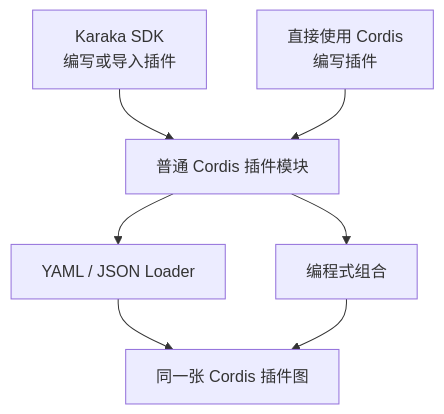
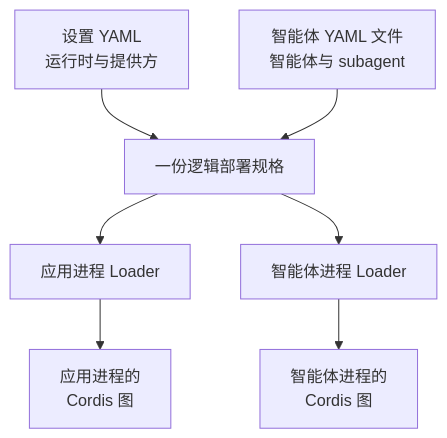
The first of 6 diagrams in docs/architecture.zh.md (karaka-ai/karaka), drawn with Mermaid before and after one commit. The commit also changed other lines of this file and 2 other files, not shown here.

Commit message:
docs: clarify agent runtime architecture

````diff
--- a/docs/architecture.zh.md
+++ b/docs/architecture.zh.md
@@ -21,16 +26,17 @@
 ```mermaid
 flowchart TB
-  SDK["Karaka SDK<br/>编写或导入插件"]
-  Direct["直接使用 Cordis<br/>编写插件"]
-  Module["普通 Cordis 插件模块"]
-  Config["YAML / JSON Loader"]
-  Code["编程式组合"]
-  Graph["同一张 Cordis 插件图"]
+  Setup["设置 YAML<br/>运行时与提供方"]
+  Agents["智能体 YAML 文件<br/>智能体与 subagent"]
+  Spec["一份逻辑部署规格"]
+  AppLoader["应用进程 Loader"]
+  AgentLoader["智能体进程 Loader"]
+  AppGraph["应用进程的<br/>Cordis 图"]
+  AgentGraph["智能体进程的<br/>Cordis 图"]
 
-  SDK --> Module
-  Direct --> Module
-  Module --> Config
-  Module --> Code
-  Config --> Graph
-  Code --> Graph
+  Setup --> Spec
+  Agents --> Spec
+  Spec --> AppLoader
+  Spec --> AgentLoader
+  AppLoader --> AppGraph
+  AgentLoader --> AgentGraph
 ```
````
